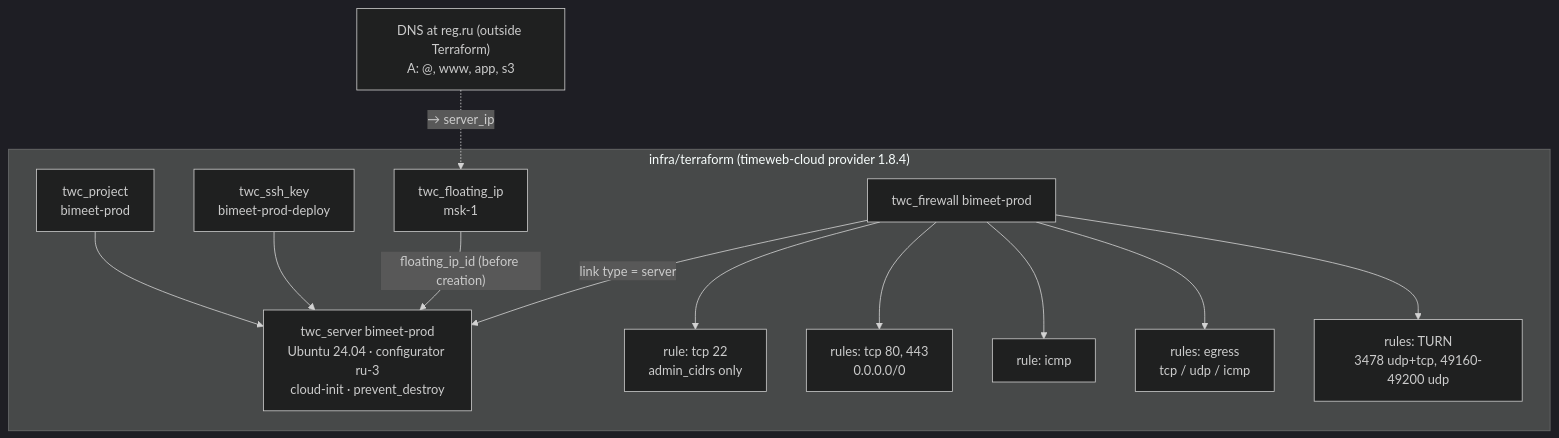
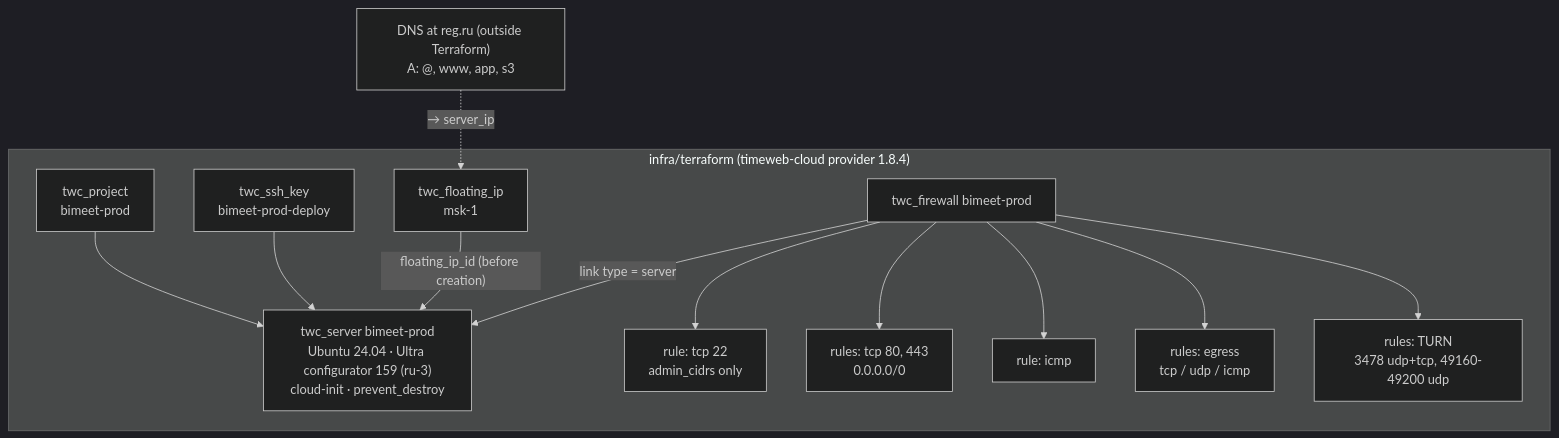
Before and after one commit to AntonSlavshchikov/bimeet: the fourth of 5 diagrams in docs/architecture.md, drawn with Mermaid (dark theme). The commit also changed 5 other files, not shown here.

Commit message:
feat(infra): switch server to Timeweb Ultra line

````diff
--- a/docs/architecture.md
+++ b/docs/architecture.md
@@ -86,21 +86,21 @@
 ```mermaid
 flowchart TB
     subgraph tf["infra/terraform (timeweb-cloud provider 1.8.4)"]
         project["twc_project<br/>bimeet-prod"]
         key["twc_ssh_key<br/>bimeet-prod-deploy"]
         ip["twc_floating_ip<br/>msk-1"]
-        server["twc_server bimeet-prod<br/>Ubuntu 24.04 · configurator ru-3<br/>cloud-init · prevent_destroy"]
+        server["twc_server bimeet-prod<br/>Ubuntu 24.04 · Ultra configurator 159 (ru-3)<br/>cloud-init · prevent_destroy"]
         fw["twc_firewall bimeet-prod"]
         r1["rule: tcp 22<br/>admin_cidrs only"]
         r2["rules: tcp 80, 443<br/>0.0.0.0/0"]
         r3["rule: icmp"]
         r4["rules: egress<br/>tcp / udp / icmp"]
         r5["rules: TURN<br/>3478 udp+tcp, 49160-49200 udp"]
     end
     project --> server
     key --> server
     ip -- "floating_ip_id (before creation)" --> server
     fw -- "link type = server" --> server
     fw --> r1 & r2 & r3 & r4 & r5
     dns["DNS at reg.ru (outside Terraform)<br/>A: @, www, app, s3"] -. "→ server_ip" .-> ip
 ```
````
